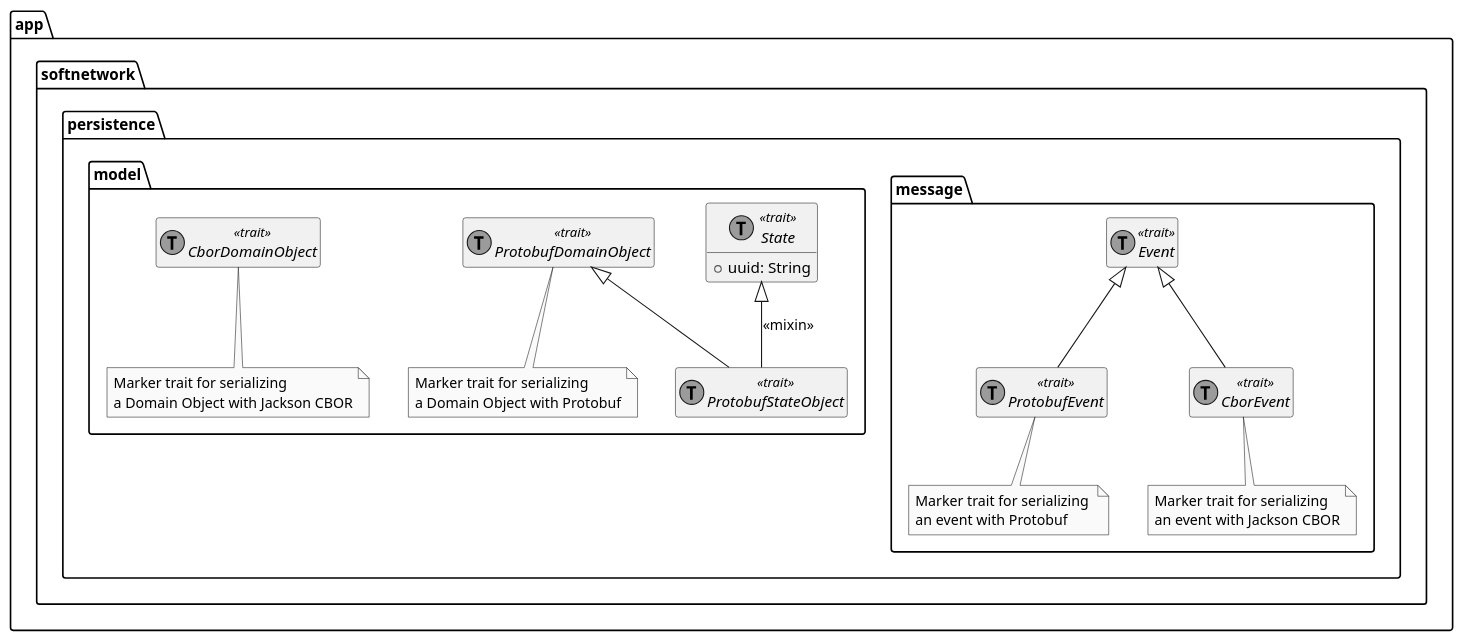
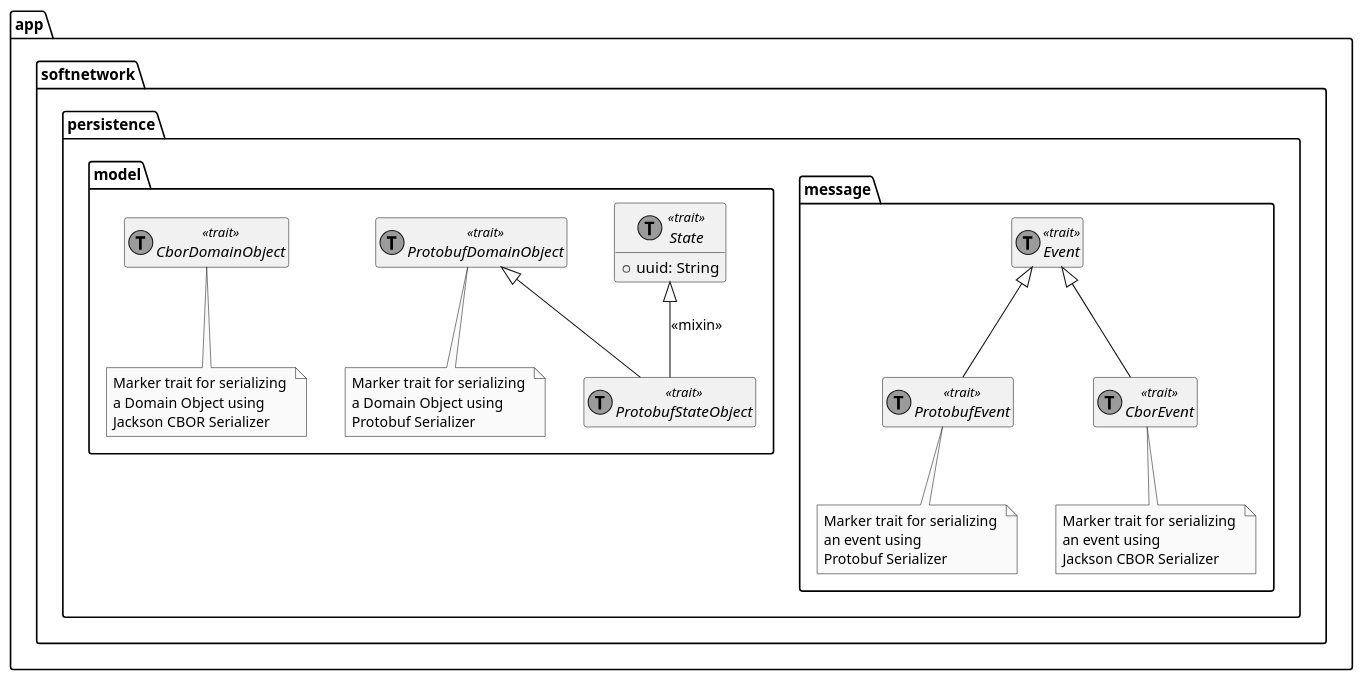
The diagram in docs/diagrams/src/Serialization.plantuml (SOFTNETWORK-APP/generic-persistence-api), drawn with PlantUML before and after one commit. The commit also changed 3 other files, not shown here.

```diff
--- a/docs/diagrams/src/Serialization.plantuml
+++ b/docs/diagrams/src/Serialization.plantuml
@@ -1,25 +1,25 @@
 @startuml Serialization
 hide empty members
 skinparam monochrome true
 
 package app.softnetwork.persistence {
     package message {
         abstract Event << (T,orchid) trait >>
         abstract ProtobufEvent << (T,orchid) trait >> extends Event
-        note bottom of ProtobufEvent: Marker trait for serializing \nan event with Protobuf
+        note bottom of ProtobufEvent: Marker trait for serializing \nan event using \nProtobuf Serializer
         abstract CborEvent << (T,orchid) trait >> extends Event
-        note bottom of CborEvent: Marker trait for serializing \nan event with Jackson CBOR
+        note bottom of CborEvent: Marker trait for serializing \nan event using \nJackson CBOR Serializer
     }
     package model {
         abstract State << (T,orchid) trait >> {
             +uuid: String
         }
         abstract ProtobufDomainObject << (T,orchid) trait >>
-        note bottom of ProtobufDomainObject: Marker trait for serializing \na Domain Object with Protobuf
+        note bottom of ProtobufDomainObject: Marker trait for serializing \na Domain Object using \nProtobuf Serializer
         abstract CborDomainObject << (T,orchid) trait >>
-        note bottom of CborDomainObject: Marker trait for serializing \na Domain Object with Jackson CBOR
+        note bottom of CborDomainObject: Marker trait for serializing \na Domain Object using \nJackson CBOR Serializer
         abstract ProtobufStateObject << (T,orchid) trait >> extends ProtobufDomainObject
         State <|-- ProtobufStateObject: <<mixin>>
     }
 }
 @enduml
```
